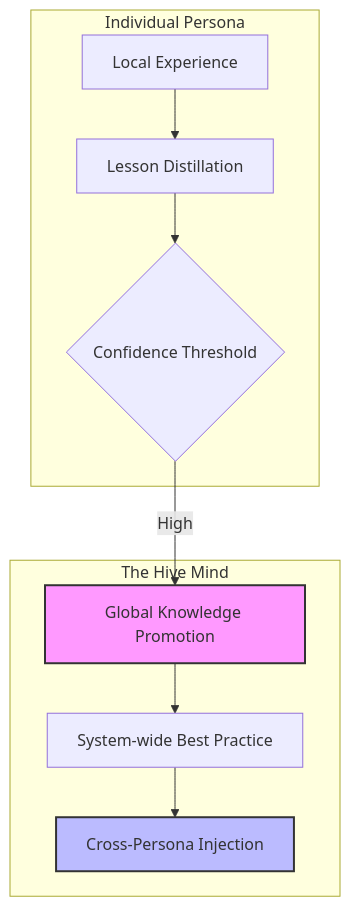
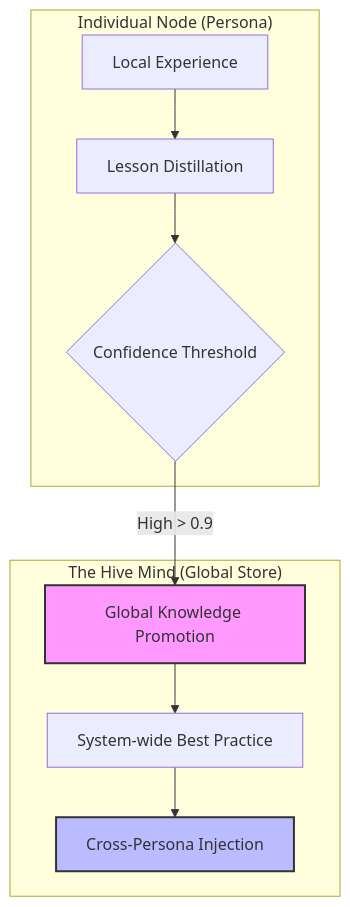
One commit to CardSorting/NOORMEAI changed the diagram in docs/agentic-intelligence.md. Above: the diagram before and after it, drawn with Mermaid. The commit also changed other lines of this file and 5 other files, not shown here.

````diff
--- a/docs/agentic-intelligence.md
+++ b/docs/agentic-intelligence.md
@@ -30,16 +30,16 @@
 ```mermaid
 graph TD
-    subgraph "Individual Persona"
+    subgraph "Individual Node (Persona)"
         A[Local Experience] --> B[Lesson Distillation]
         B --> C{Confidence Threshold}
     end
     
-    subgraph "The Hive Mind"
-        C -->|High| D[Global Knowledge Promotion]
+    subgraph "The Hive Mind (Global Store)"
+        C -->|High > 0.9| D[Global Knowledge Promotion]
         D --> E[System-wide Best Practice]
         E --> F[Cross-Persona Injection]
     end
     
     style D fill:#f9f,stroke:#333,stroke-width:2px
     style F fill:#bbf,stroke:#333,stroke-width:2px
 ```
````
